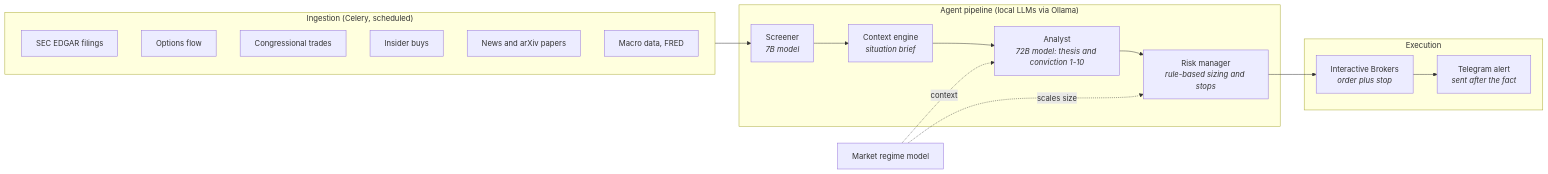
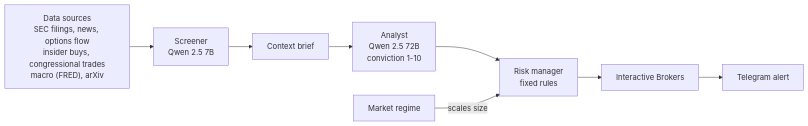
Before and after one commit to LukePuz/helios: the diagram in README.md, drawn with Mermaid.

Commit message:
README: simpler pipeline diagram (one row, sources in one node, no dotted lines) and a link to the overview PDF

````diff
--- a/README.md
+++ b/README.md
@@ -28,28 +30,13 @@
 ```mermaid
 flowchart LR
-    subgraph Ingestion["Ingestion (Celery, scheduled)"]
-        E[SEC EDGAR filings]
-        O[Options flow]
-        C[Congressional trades]
-        I[Insider buys]
-        N[News and arXiv papers]
-        M[Macro data, FRED]
-    end
-
-    subgraph Pipeline["Agent pipeline (local LLMs via Ollama)"]
-        S[Screener<br/><i>7B model</i>]
-        B[Context engine<br/><i>situation brief</i>]
-        A[Analyst<br/><i>72B model: thesis and conviction 1-10</i>]
-        R[Risk manager<br/><i>rule-based sizing and stops</i>]
-    end
-
-    subgraph Execution["Execution"]
-        IB[Interactive Brokers<br/><i>order plus stop</i>]
-        T[Telegram alert<br/><i>sent after the fact</i>]
-    end
-
-    Ingestion --> S --> B --> A --> R --> IB --> T
-
-    REG[Market regime model] -.->|scales size| R
-    REG -.->|context| A
+    D["Data sources<br/>SEC filings, news, options flow<br/>insider buys, congressional trades<br/>macro (FRED), arXiv"]
+    S["Screener<br/>Qwen 2.5 7B"]
+    C["Context brief"]
+    A["Analyst<br/>Qwen 2.5 72B<br/>conviction 1-10"]
+    R["Risk manager<br/>fixed rules"]
+    IB["Interactive Brokers"]
+    T["Telegram alert"]
+    G["Market regime"]
+    D --> S --> C --> A --> R --> IB --> T
+    G -->|scales size| R
 ```
````
